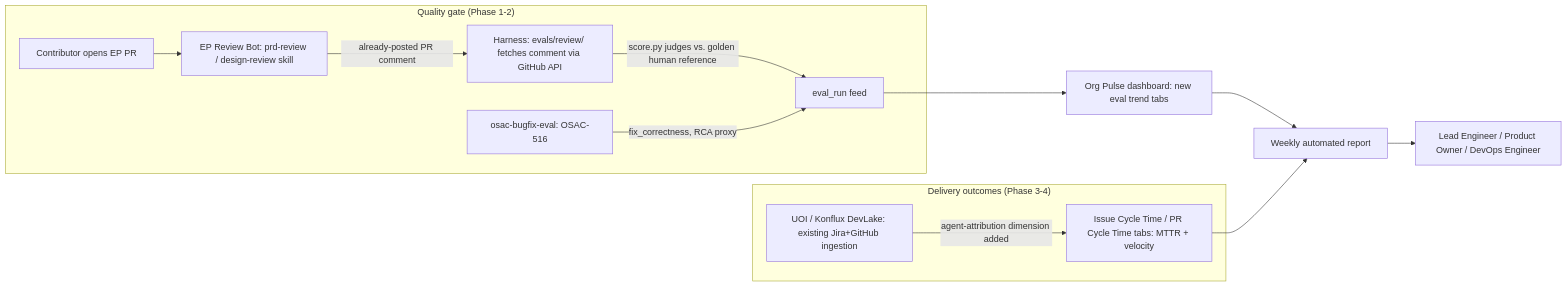
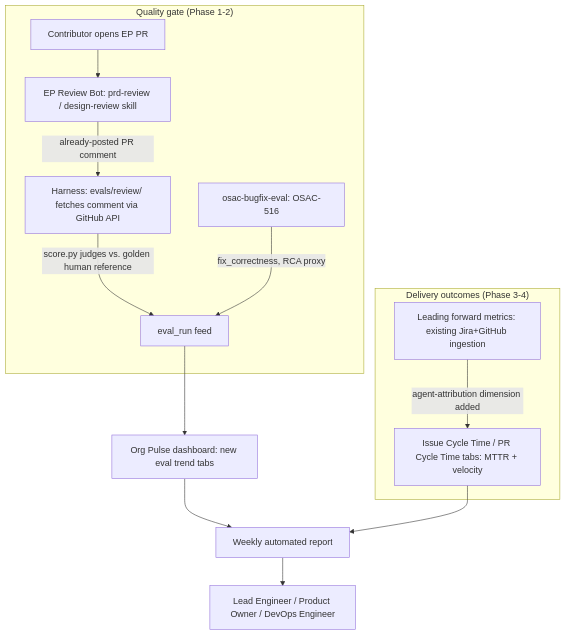
One commit to tchughesiv/enhancement-proposals changed the diagram in enhancements/OSAC-959-agentic-sdlc-measurement/design.md. Above: the diagram before and after it, drawn with Mermaid. The commit also changed other lines of this file, not shown here.

Commit message:
OSAC-959 design: adopt 'leading forward metrics' per Eran's review, TD diagram layout
- Motivation opening sentence and the Proposal flowchart's Phase 3-4
  node now say 'leading forward metrics' (Eran Cohen's own term for
  this dashboard), tying back to 'UOI, Konflux DevLake' on first
  mention so later technical sections (Risks, Failure Handling,
  Security, Alternatives) stay anchored to the same system -- those
  sections keep the precise 'UOI/Konflux DevLake' name since ownership
  and on-call statements need a concrete, real system.
- Switched the Proposal flowchart from 'flowchart LR' to 'flowchart TD':
  the LR layout renders at a 5.5:1 aspect ratio that becomes illegible
  once scaled to a portrait document page (33% scale, ~1.2in tall);
  TD renders near-square and stays legible at a normal page width
  (62% scale, ~7.3in tall). Verified against Eran's external review
  request for a pasteable rendered diagram.

````diff
--- a/enhancements/OSAC-959-agentic-sdlc-measurement/design.md
+++ b/enhancements/OSAC-959-agentic-sdlc-measurement/design.md
@@ -66,16 +66,16 @@
 ```mermaid
-flowchart LR
-    subgraph "Quality gate (Phase 1-2)"
+flowchart TD
+    subgraph QG["Quality gate (Phase 1-2)"]
         A[Contributor opens EP PR] --> B[EP Review Bot: prd-review / design-review skill]
         B -->|already-posted PR comment| C[Harness: evals/review/ fetches comment via GitHub API]
         C -->|score.py judges vs. golden human reference| D[eval_run feed]
         E[osac-bugfix-eval: OSAC-516] -->|fix_correctness, RCA proxy| D
     end
-    subgraph "Delivery outcomes (Phase 3-4)"
-        F[UOI / Konflux DevLake: existing Jira+GitHub ingestion] -->|agent-attribution dimension added| G[Issue Cycle Time / PR Cycle Time tabs: MTTR + velocity]
+    subgraph DO["Delivery outcomes (Phase 3-4)"]
+        F[Leading forward metrics: existing Jira+GitHub ingestion] -->|agent-attribution dimension added| G[Issue Cycle Time / PR Cycle Time tabs: MTTR + velocity]
     end
     D --> H[Org Pulse dashboard: new eval trend tabs]
     H --> I[Weekly automated report]
     G --> I
     I --> J[Lead Engineer / Product Owner / DevOps Engineer]
 ```
````
